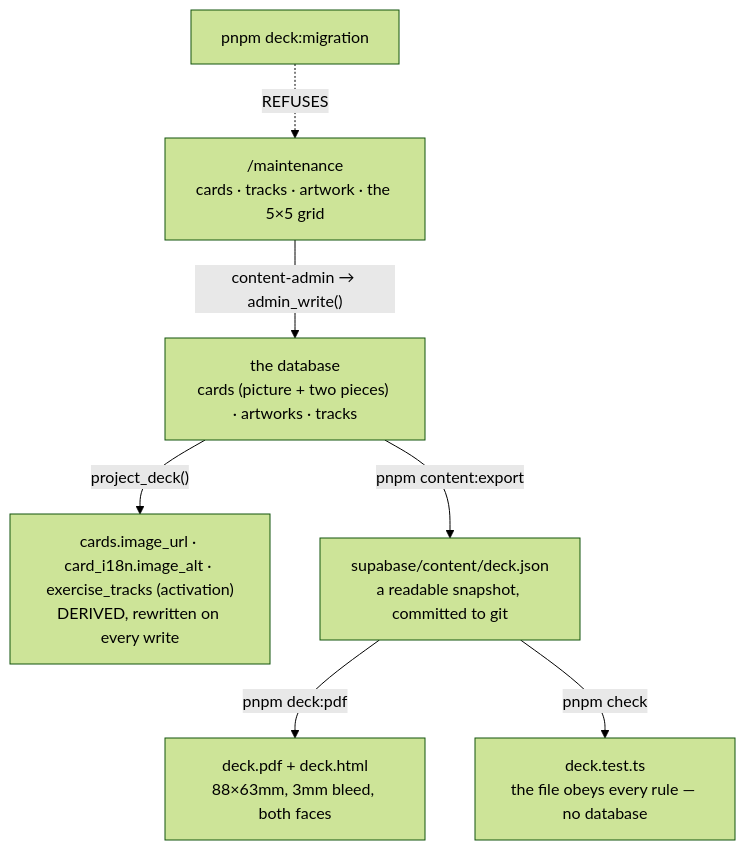
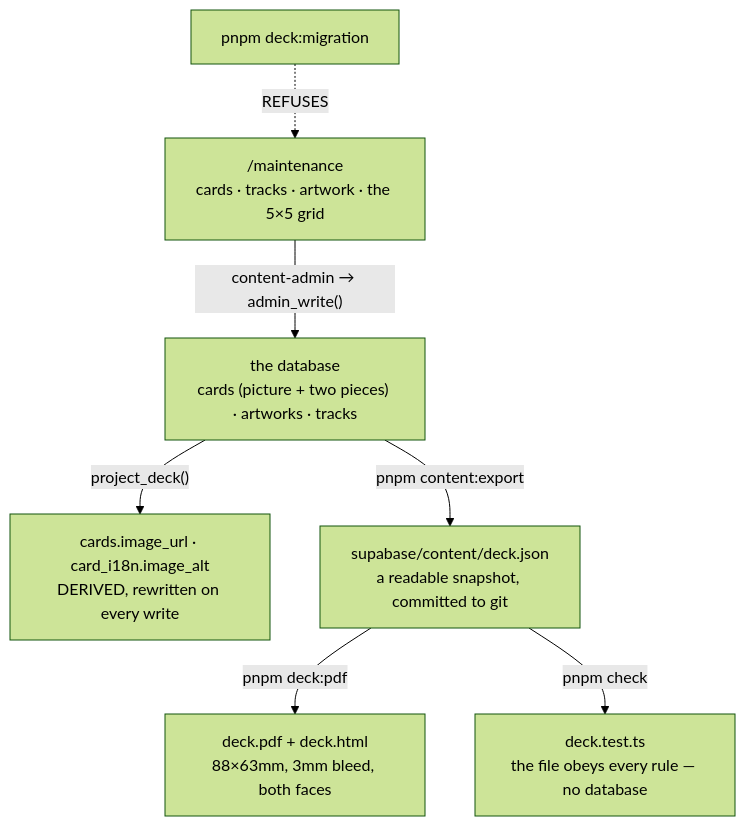
One commit to product-ben/musie changed the diagram in apps/docs/features/deck-pipeline.md. Above: the diagram before and after it, drawn with Mermaid (forest theme). The commit also changed other lines of this file and 46 other files, not shown here.

First line of the commit message:
Exercise cards: a printed QR code starts the run

````diff
--- a/apps/docs/features/deck-pipeline.md
+++ b/apps/docs/features/deck-pipeline.md
@@ -11,10 +11,10 @@
 ```mermaid
 flowchart TD
   UI["/maintenance<br/>cards · tracks · artwork · the 5×5 grid"]
   UI -->|"content-admin → admin_write()"| DB["the database<br/>cards (picture + two pieces) · artworks · tracks"]
-  DB -->|"project_deck()"| P["cards.image_url · card_i18n.image_alt · exercise_tracks (activation)<br/>DERIVED, rewritten on every write"]
+  DB -->|"project_deck()"| P["cards.image_url · card_i18n.image_alt<br/>DERIVED, rewritten on every write"]
   DB -->|"pnpm content:export"| J["supabase/content/deck.json<br/>a readable snapshot, committed to git"]
   J -->|"pnpm deck:pdf"| PDF["deck.pdf + deck.html<br/>88×63mm, 3mm bleed, both faces"]
   J -->|"pnpm check"| T["deck.test.ts<br/>the file obeys every rule — no database"]
   X["pnpm deck:migration"] -.->|"REFUSES"| UI
 ```
````
